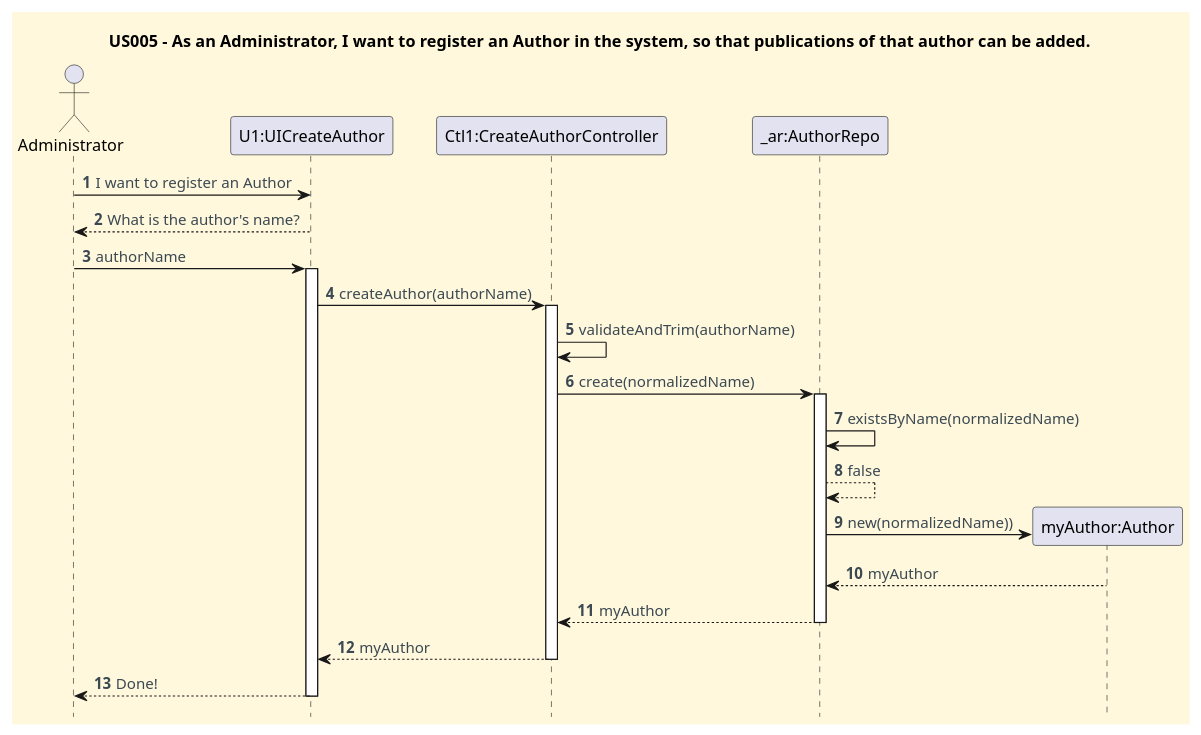
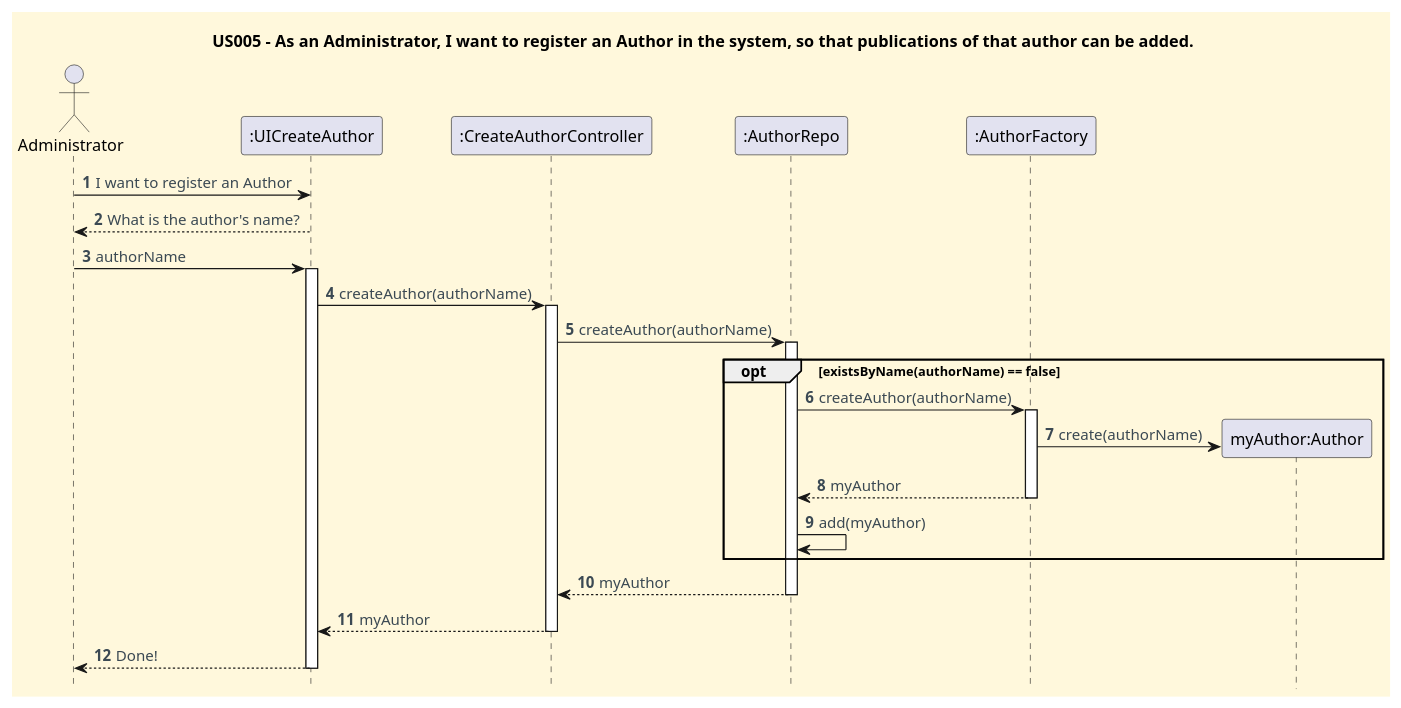
Before and after one commit to CarolinaLeite-collab/JavaMarketplacePlatform: the diagram in docs/userStories/US005/US005_to_register_an_author_SD.puml, drawn with PlantUML. The commit also changed 2 other files, not shown here.

Commit message:
Refs #316: Updates US005 sequence and class diagrams

```diff
--- a/docs/userStories/US005/US005_to_register_an_author_SD.puml
+++ b/docs/userStories/US005/US005_to_register_an_author_SD.puml
@@ -1,49 +1,52 @@
 @startuml
 title US005 - As an Administrator, I want to register an Author in the system, so that publications of that author can be added.
 hidefootbox
 
 skinparam monochrome false
 skinparam shadowing false
 skinparam defaultFontName Futura
 skinparam objectFontSize 20
 skinparam backgroundColor CornSilk
 skinparam objectBackgroundColor WhiteSmoke
 skinparam noteBackgroundColor #FFFFE0
 skinparam ArrowFontColor #3B4953
 skinparam ActivationBackgroundColor black
 
 autonumber
 autoactivate off
 
 actor Administrator
 
 
-Administrator -> "U1:UICreateAuthor": I want to register an Author
-"U1:UICreateAuthor" --> Administrator: What is the author's name?
+Administrator -> ":UICreateAuthor": I want to register an Author
+":UICreateAuthor" --> Administrator: What is the author's name?
 
-Administrator -> "U1:UICreateAuthor": authorName
-activate "U1:UICreateAuthor"
+Administrator -> ":UICreateAuthor": authorName
+activate ":UICreateAuthor"
 
-"U1:UICreateAuthor" -> "Ctl1:CreateAuthorController": createAuthor(authorName)
+":UICreateAuthor" -> ":CreateAuthorController": createAuthor(authorName)
 
-activate "Ctl1:CreateAuthorController"
-"Ctl1:CreateAuthorController" -> "Ctl1:CreateAuthorController": validateAndTrim(authorName)
-"Ctl1:CreateAuthorController"-> "_ar:AuthorRepo": create(normalizedName)
+activate ":CreateAuthorController"
+":CreateAuthorController"-> ":AuthorRepo": createAuthor(authorName)
 
-activate "_ar:AuthorRepo"
-"_ar:AuthorRepo" -> "_ar:AuthorRepo": existsByName(normalizedName)
-"_ar:AuthorRepo" --> "_ar:AuthorRepo": false
+activate ":AuthorRepo"
+opt existsByName(authorName) == false
+":AuthorRepo" -> ":AuthorFactory": createAuthor(authorName)
 
+activate ":AuthorFactory"
 create "myAuthor:Author"
-"_ar:AuthorRepo" -> "myAuthor:Author": new(normalizedName))
-"myAuthor:Author" --> "_ar:AuthorRepo": myAuthor
-"_ar:AuthorRepo" --> "Ctl1:CreateAuthorController": myAuthor
-deactivate "_ar:AuthorRepo"
+":AuthorFactory" -> "myAuthor:Author": create(authorName)
+":AuthorFactory" --> ":AuthorRepo": myAuthor
+deactivate ":AuthorFactory"
+":AuthorRepo" -> ":AuthorRepo": add(myAuthor)
+end
+":AuthorRepo" --> ":CreateAuthorController": myAuthor
+deactivate ":AuthorRepo"
 
-"Ctl1:CreateAuthorController" --> "U1:UICreateAuthor": myAuthor
-deactivate "Ctl1:CreateAuthorController"
+":CreateAuthorController" --> ":UICreateAuthor": myAuthor
+deactivate ":CreateAuthorController"
 
-"U1:UICreateAuthor" --> Administrator: Done!
-deactivate "U1:UICreateAuthor"
+":UICreateAuthor" --> Administrator: Done!
+deactivate ":UICreateAuthor"
 
 @enduml
```
